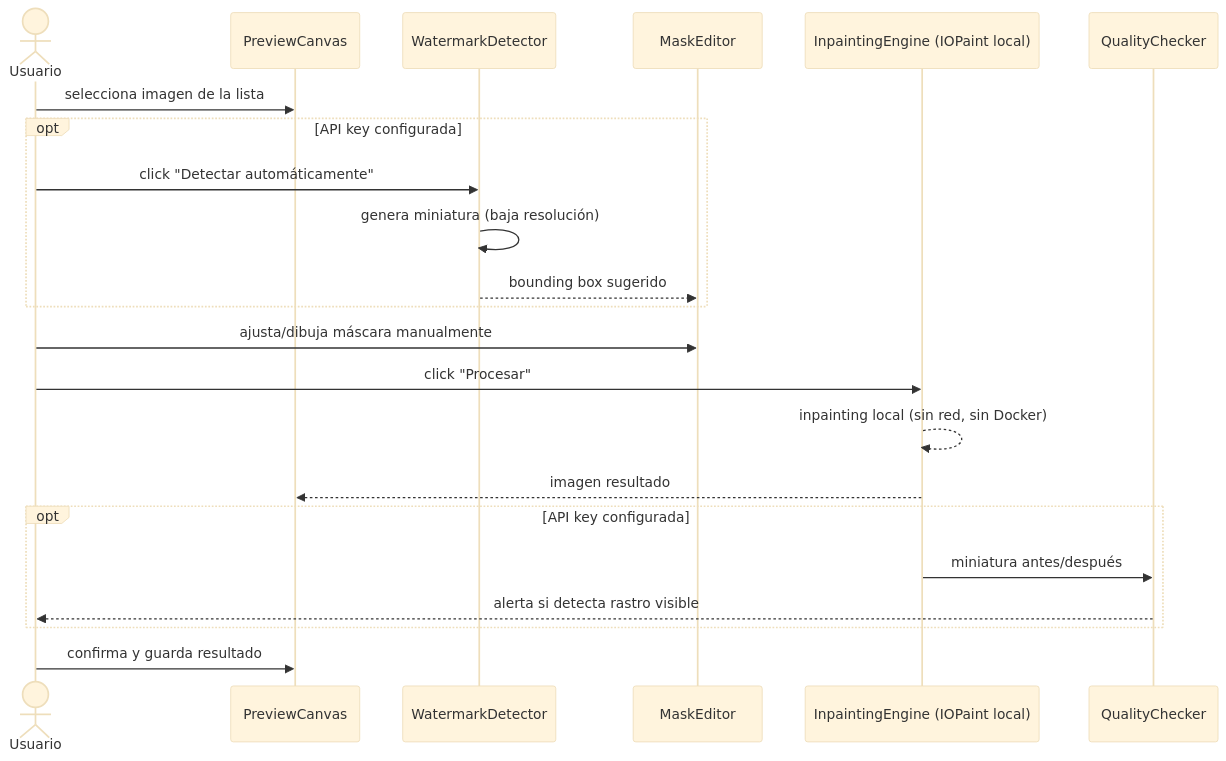
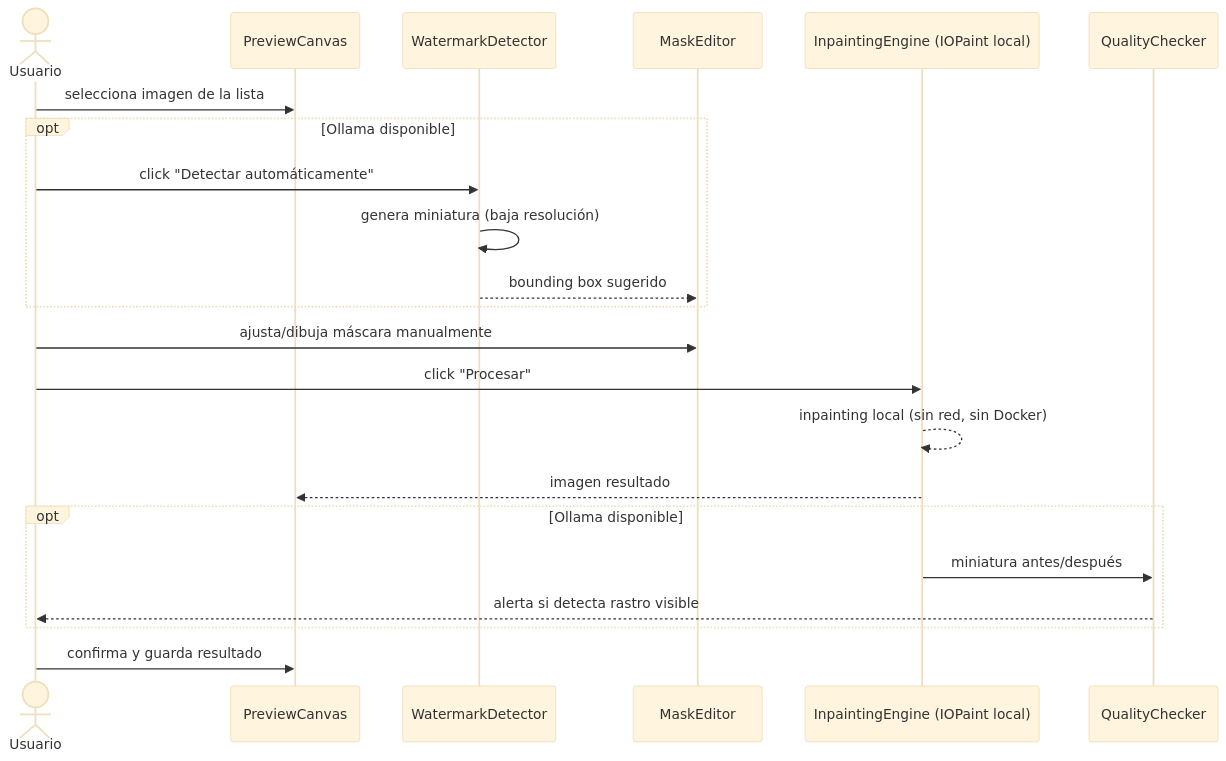
The third of 4 diagrams in docs/architecture/detailed.md (camilovas/watermark-remover), drawn with Mermaid (base theme) before and after one commit. The commit also changed other lines of this file and 17 other files, not shown here.

First line of the commit message:
Pivote de arquitectura: reemplaza Claude API por Ollama local

````diff
--- a/docs/architecture/detailed.md
+++ b/docs/architecture/detailed.md
@@ -115,25 +115,25 @@
 ```mermaid
 sequenceDiagram
     actor U as Usuario
     participant PC as PreviewCanvas
     participant WD as WatermarkDetector
     participant ME as MaskEditor
     participant IE as InpaintingEngine (IOPaint local)
     participant QC as QualityChecker
 
     U->>PC: selecciona imagen de la lista
-    opt API key configurada
+    opt Ollama disponible
         U->>WD: click "Detectar automáticamente"
         WD->>WD: genera miniatura (baja resolución)
         WD-->>ME: bounding box sugerido
     end
     U->>ME: ajusta/dibuja máscara manualmente
     U->>IE: click "Procesar"
     IE-->>IE: inpainting local (sin red, sin Docker)
     IE-->>PC: imagen resultado
-    opt API key configurada
+    opt Ollama disponible
         IE->>QC: miniatura antes/después
         QC-->>U: alerta si detecta rastro visible
     end
     U->>PC: confirma y guarda resultado
 ```
````
